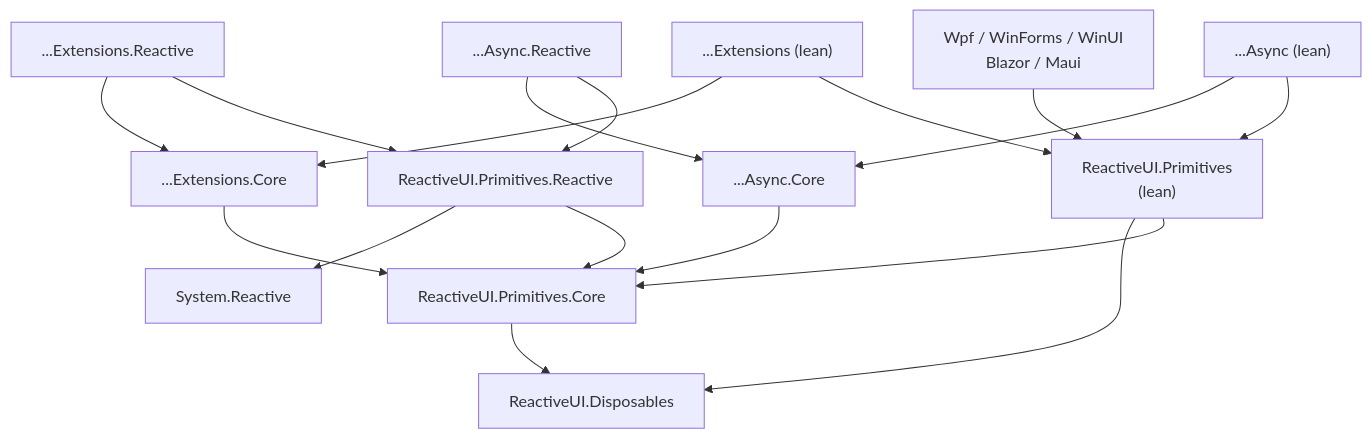
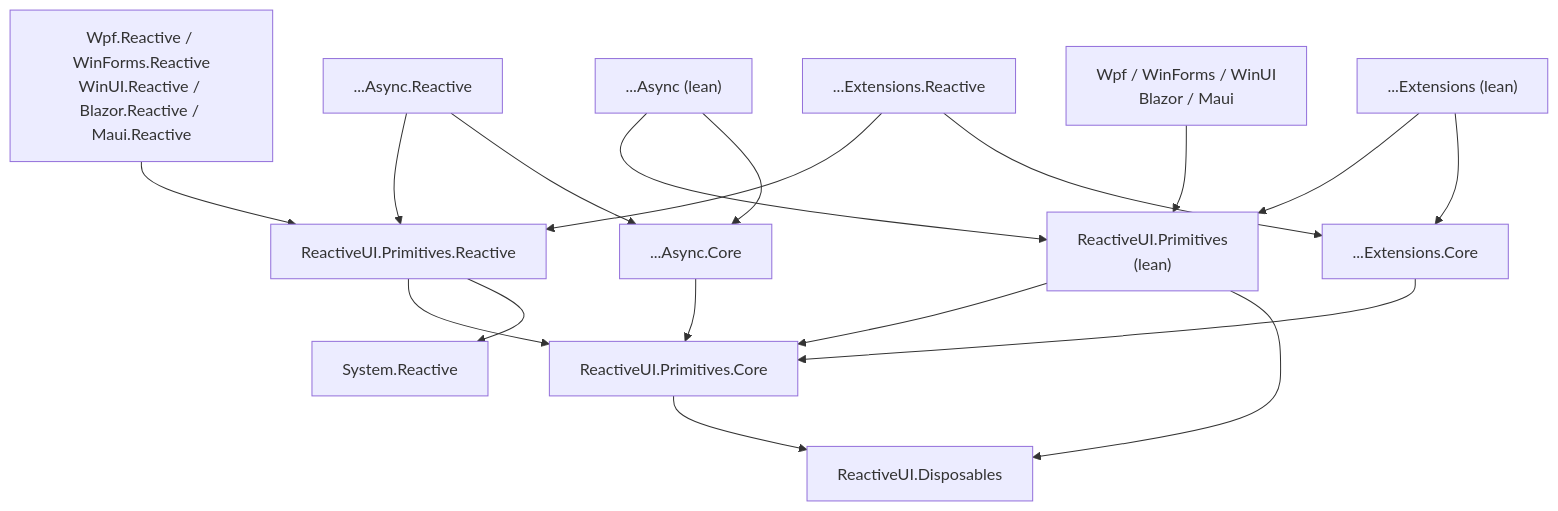
One commit to reactiveui/Primitives changed the diagram in README.md. Above: the diagram before and after it, drawn with Mermaid. The commit also changed other lines of this file and 131 other files, not shown here.

````diff
--- a/README.md
+++ b/README.md
@@ -174,32 +188,34 @@
 ```mermaid
 graph TD
     SR["System.Reactive"]
     Disp["ReactiveUI.Disposables"]
     Core["ReactiveUI.Primitives.Core"]
     Prim["ReactiveUI.Primitives<br/>(lean)"]
     Rx["ReactiveUI.Primitives.Reactive"]
     AsyncCore["...Async.Core"]
     Async["...Async (lean)"]
     AsyncRx["...Async.Reactive"]
     ExtCore["...Extensions.Core"]
     Ext["...Extensions (lean)"]
     ExtRx["...Extensions.Reactive"]
     Plat["Wpf / WinForms / WinUI<br/>Blazor / Maui"]
+    PlatRx["Wpf.Reactive / WinForms.Reactive<br/>WinUI.Reactive / Blazor.Reactive / Maui.Reactive"]
 
     Core --> Disp
     Prim --> Core
     Prim --> Disp
     Rx --> Core
     Rx --> SR
     AsyncCore --> Core
     Async --> Prim
     Async --> AsyncCore
     AsyncRx --> Rx
     AsyncRx --> AsyncCore
     ExtCore --> Core
     Ext --> Prim
     Ext --> ExtCore
     ExtRx --> Rx
     ExtRx --> ExtCore
     Plat --> Prim
+    PlatRx --> Rx
 ```
````
